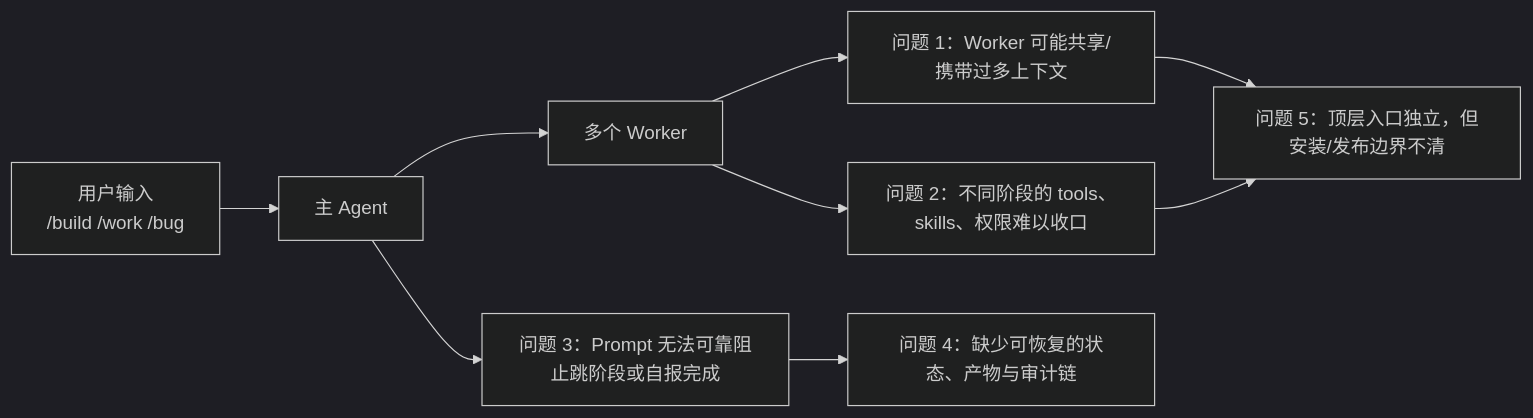
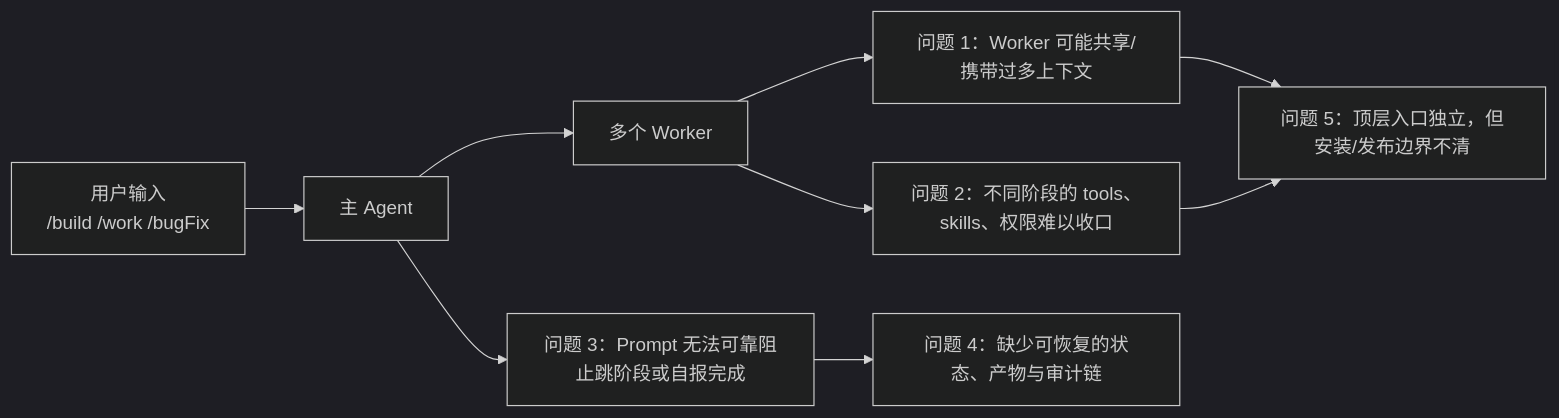
Before and after one commit to ZHOUKAILIAN/my-pi-extension: the first of 10 diagrams in docs/00-repository-organization/technical-design.md, drawn with Mermaid (dark theme). The commit also changed other lines of this file and 29 other files, not shown here.

````diff
--- a/docs/00-repository-organization/technical-design.md
+++ b/docs/00-repository-organization/technical-design.md
@@ -26,12 +26,12 @@
 ```mermaid
 flowchart LR
-    input[用户输入<br/>/build /work /bug] --> agent[主 Agent]
+    input[用户输入<br/>/build /work /bugFix] --> agent[主 Agent]
     agent --> workers[多个 Worker]
 
     workers --> p1[问题 1：Worker 可能共享/携带过多上下文]
     workers --> p2[问题 2：不同阶段的 tools、skills、权限难以收口]
     agent --> p3[问题 3：Prompt 无法可靠阻止跳阶段或自报完成]
     p3 --> p4[问题 4：缺少可恢复的状态、产物与审计链]
     p1 --> p5[问题 5：顶层入口独立，但安装/发布边界不清]
     p2 --> p5
 ```
````
